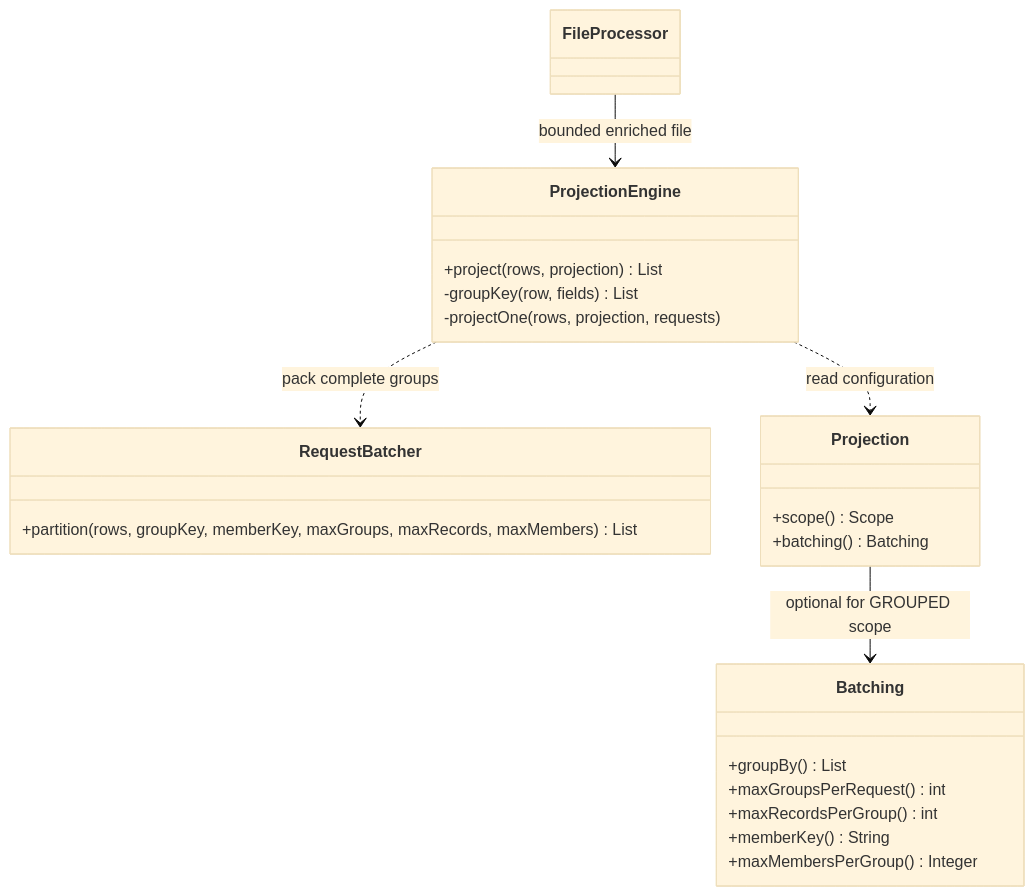
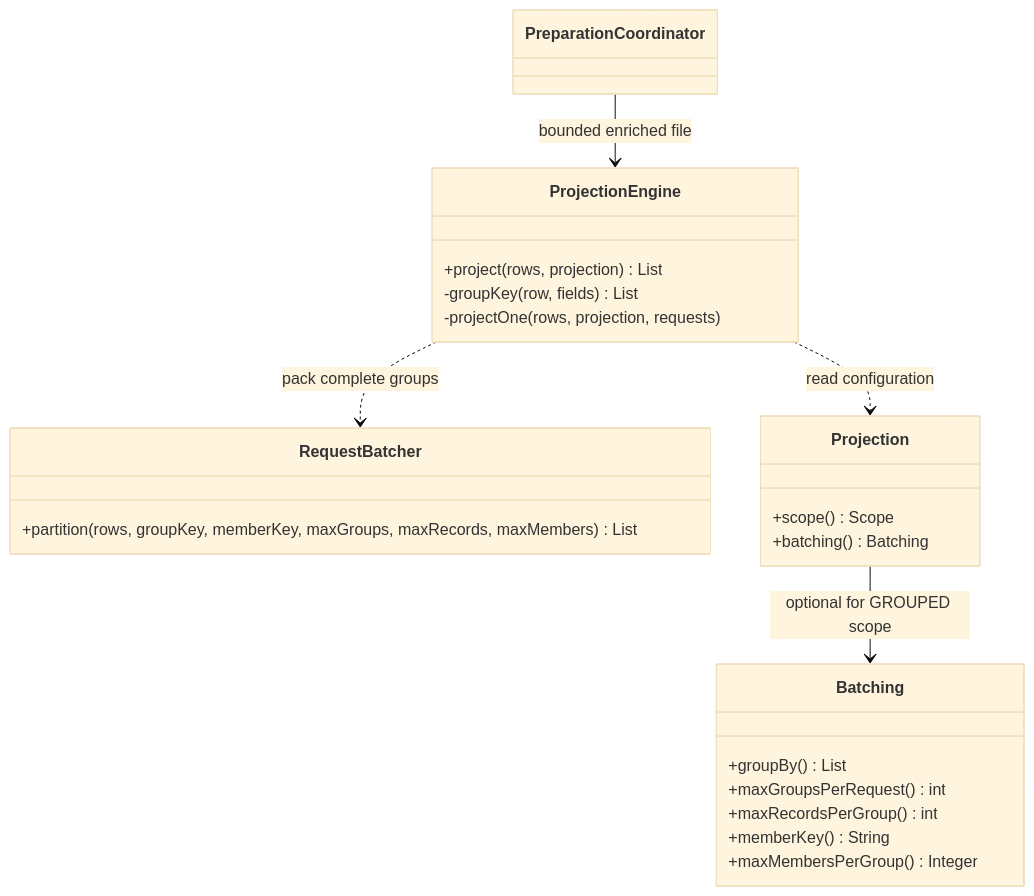
The diagram in docs/diagrams/classes-batching.mmd (jenbrick/fileadapter), drawn with Mermaid (base theme) before and after one commit. The commit also changed 73 other files, not shown here.

```diff
--- a/docs/diagrams/classes-batching.mmd
+++ b/docs/diagrams/classes-batching.mmd
@@ -1,26 +1,26 @@
 classDiagram
     direction TB
-    class FileProcessor
+    class PreparationCoordinator
     class ProjectionEngine {
         +project(rows, projection) List
         -groupKey(row, fields) List
         -projectOne(rows, projection, requests)
     }
     class RequestBatcher {
         +partition(rows, groupKey, memberKey, maxGroups, maxRecords, maxMembers) List
     }
     class Projection {
         +scope() Scope
         +batching() Batching
     }
     class Batching {
         +groupBy() List
         +maxGroupsPerRequest() int
         +maxRecordsPerGroup() int
         +memberKey() String
         +maxMembersPerGroup() Integer
     }
-    FileProcessor --> ProjectionEngine : bounded enriched file
+    PreparationCoordinator --> ProjectionEngine : bounded enriched file
     ProjectionEngine ..> RequestBatcher : pack complete groups
     ProjectionEngine ..> Projection : read configuration
     Projection --> Batching : optional for GROUPED scope
```
